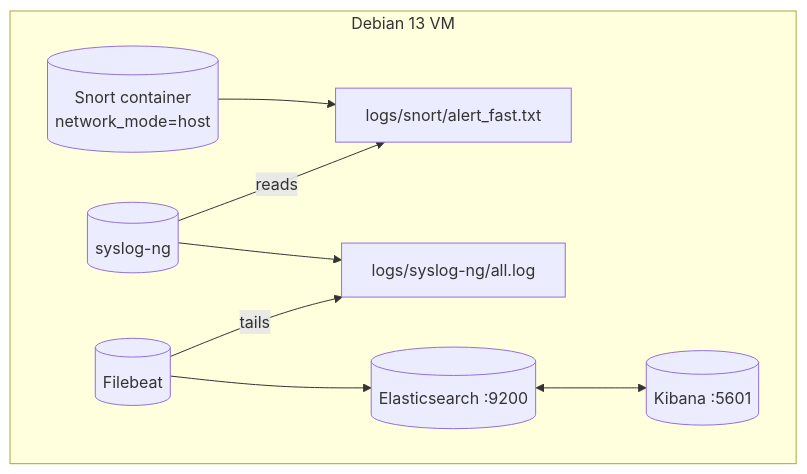
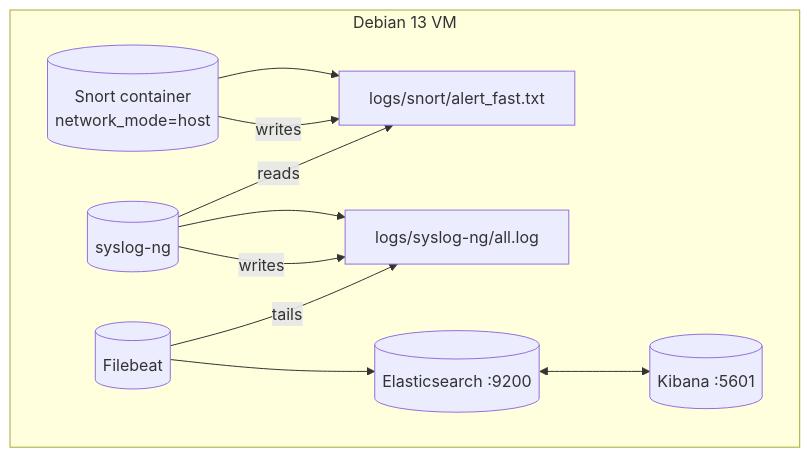
Before and after one commit to fireblock29/My_SIEM: the diagram in README.md, drawn with Mermaid.

````diff
--- a/README.md
+++ b/README.md
@@ -33,14 +33,16 @@
 ```mermaid
 flowchart LR
   subgraph Host[Debian 13 VM]
     direction LR
 
     Snort[(Snort container\nnetwork_mode=host)] --> SLog[logs/snort/alert_fast.txt]
     SyslogNG[(syslog-ng)] --> All[logs/syslog-ng/all.log]
     Filebeat[(Filebeat)] --> ES[(Elasticsearch :9200)]
     ES <--> KB[(Kibana :5601)]
 
+    Snort -- writes --> SLog
     SyslogNG -- reads --> SLog
+    SyslogNG -- writes --> All
     Filebeat -- tails --> All
   end
 ```
````
